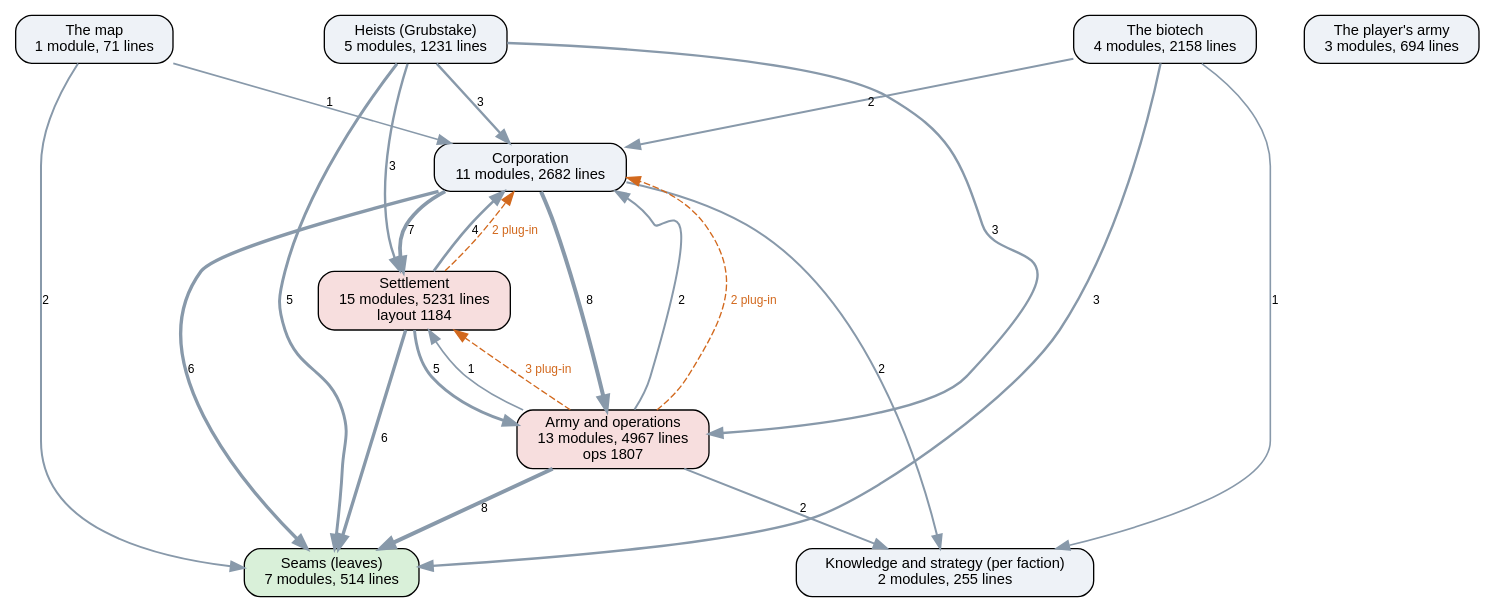
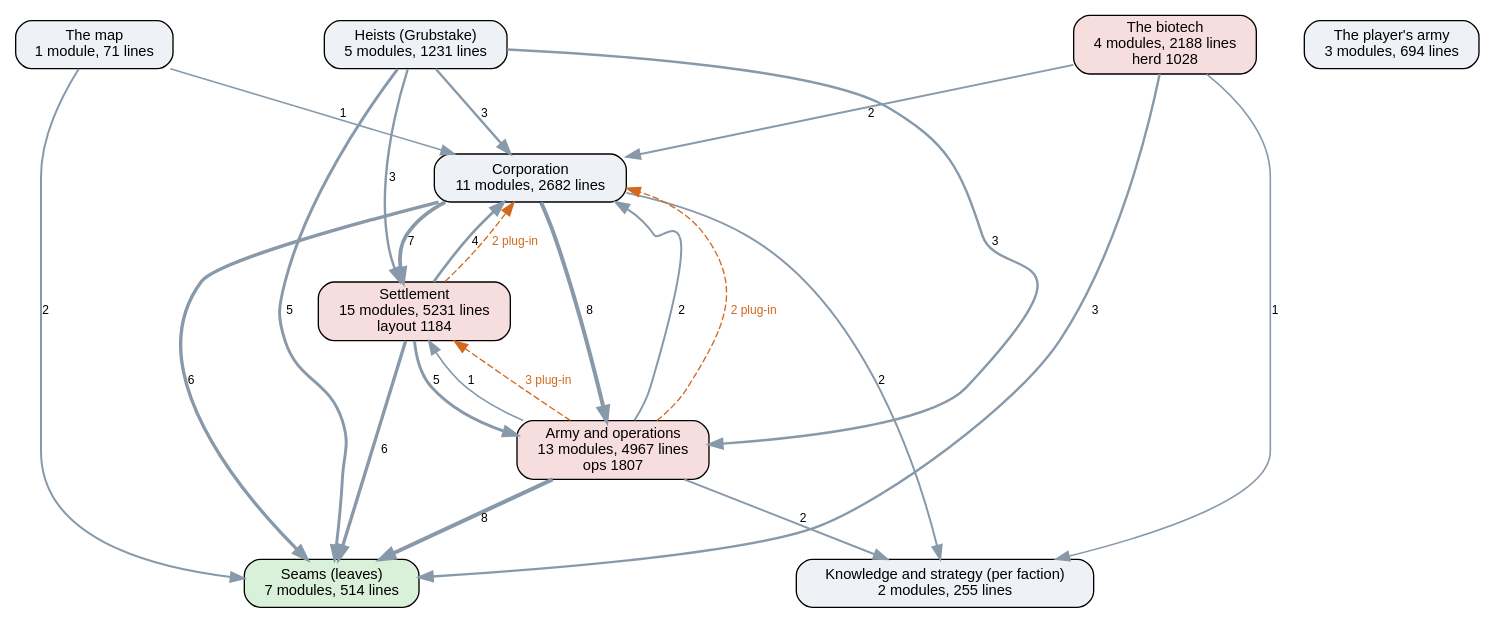
One commit to kinelhu/landing-party changed the diagram in docs/ai-layers.dot. Above: the diagram before and after it, drawn with Graphviz. The commit also changed 8 other files, not shown here.

```diff
--- a/docs/ai-layers.dot
+++ b/docs/ai-layers.dot
@@ -1,37 +1,37 @@
 digraph layers {
   graph [rankdir=TB, fontname="Helvetica", nodesep=0.5, ranksep=0.7];
   node [shape=box, style="rounded,filled", fontname="Helvetica", fontsize=11, fillcolor="#eef2f7"];
   edge [color="#8899aa", fontname="Helvetica", fontsize=9];
   "Seams (leaves)" [label="Seams (leaves)\n7 modules, 514 lines", fillcolor="#d9f0d9"];
   "Knowledge and strategy (per faction)" [label="Knowledge and strategy (per faction)\n2 modules, 255 lines", fillcolor="#eef2f7"];
   "Corporation" [label="Corporation\n11 modules, 2682 lines", fillcolor="#eef2f7"];
   "Settlement" [label="Settlement\n15 modules, 5231 lines\nlayout 1184", fillcolor="#f7dede"];
   "Army and operations" [label="Army and operations\n13 modules, 4967 lines\nops 1807", fillcolor="#f7dede"];
   "Heists (Grubstake)" [label="Heists (Grubstake)\n5 modules, 1231 lines", fillcolor="#eef2f7"];
-  "The biotech" [label="The biotech\n4 modules, 2158 lines", fillcolor="#eef2f7"];
+  "The biotech" [label="The biotech\n4 modules, 2188 lines\nherd 1028", fillcolor="#f7dede"];
   "The map" [label="The map\n1 module, 71 lines", fillcolor="#eef2f7"];
   "The player's army" [label="The player's army\n3 modules, 694 lines", fillcolor="#eef2f7"];
   "Army and operations" -> "Corporation" [label="2", penwidth=1.5];
   "Army and operations" -> "Knowledge and strategy (per faction)" [label="2", penwidth=1.5];
   "Army and operations" -> "Seams (leaves)" [label="8", penwidth=3.0];
   "Army and operations" -> "Settlement" [label="1", penwidth=1.2];
   "Corporation" -> "Army and operations" [label="8", penwidth=3.0];
   "Corporation" -> "Knowledge and strategy (per faction)" [label="2", penwidth=1.5];
   "Corporation" -> "Seams (leaves)" [label="6", penwidth=2.5];
   "Corporation" -> "Settlement" [label="7", penwidth=2.8];
   "Heists (Grubstake)" -> "Army and operations" [label="3", penwidth=1.8];
   "Heists (Grubstake)" -> "Corporation" [label="3", penwidth=1.8];
   "Heists (Grubstake)" -> "Seams (leaves)" [label="5", penwidth=2.2];
   "Heists (Grubstake)" -> "Settlement" [label="3", penwidth=1.8];
   "Settlement" -> "Army and operations" [label="5", penwidth=2.2];
   "Settlement" -> "Corporation" [label="4", penwidth=2.0];
   "Settlement" -> "Seams (leaves)" [label="6", penwidth=2.5];
   "The biotech" -> "Corporation" [label="2", penwidth=1.5];
   "The biotech" -> "Knowledge and strategy (per faction)" [label="1", penwidth=1.2];
   "The biotech" -> "Seams (leaves)" [label="3", penwidth=1.8];
   "The map" -> "Corporation" [label="1", penwidth=1.2];
   "The map" -> "Seams (leaves)" [label="2", penwidth=1.5];
   "Army and operations" -> "Corporation" [style=dashed, color="#d2691e", fontcolor="#d2691e", label="2 plug-in"];
   "Army and operations" -> "Settlement" [style=dashed, color="#d2691e", fontcolor="#d2691e", label="3 plug-in"];
   "Settlement" -> "Corporation" [style=dashed, color="#d2691e", fontcolor="#d2691e", label="2 plug-in"];
 }
```
